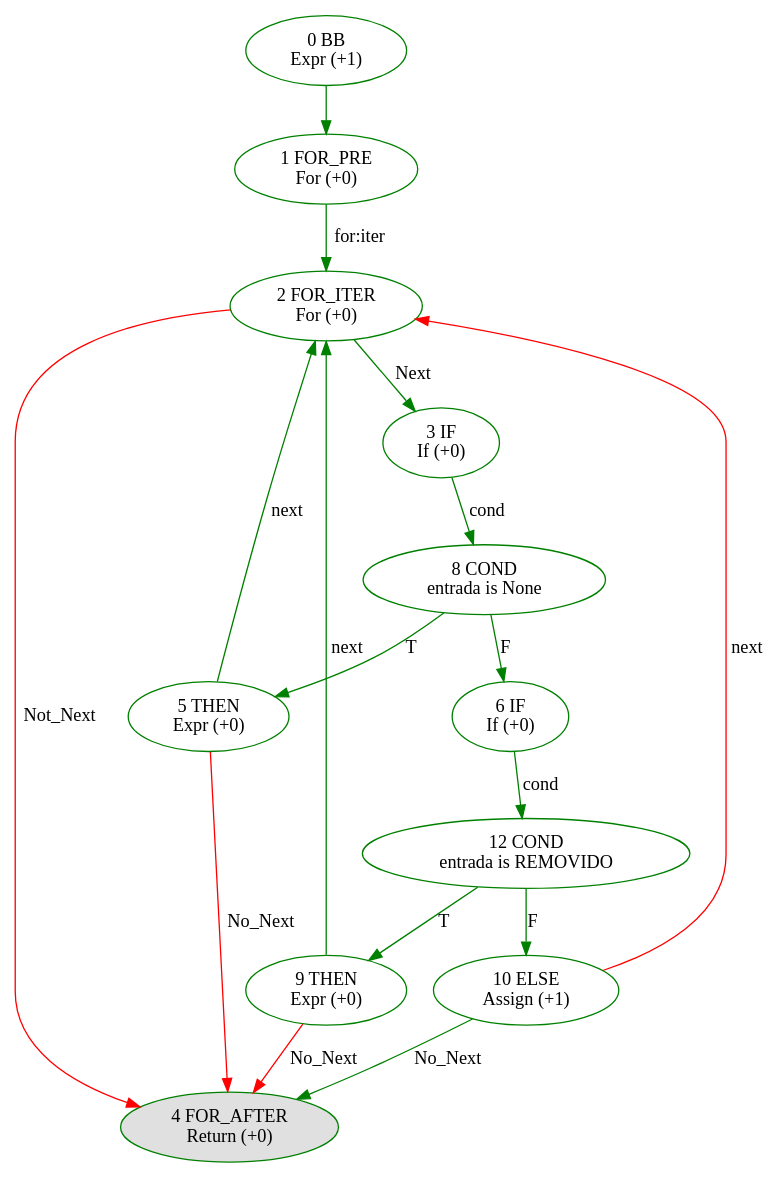
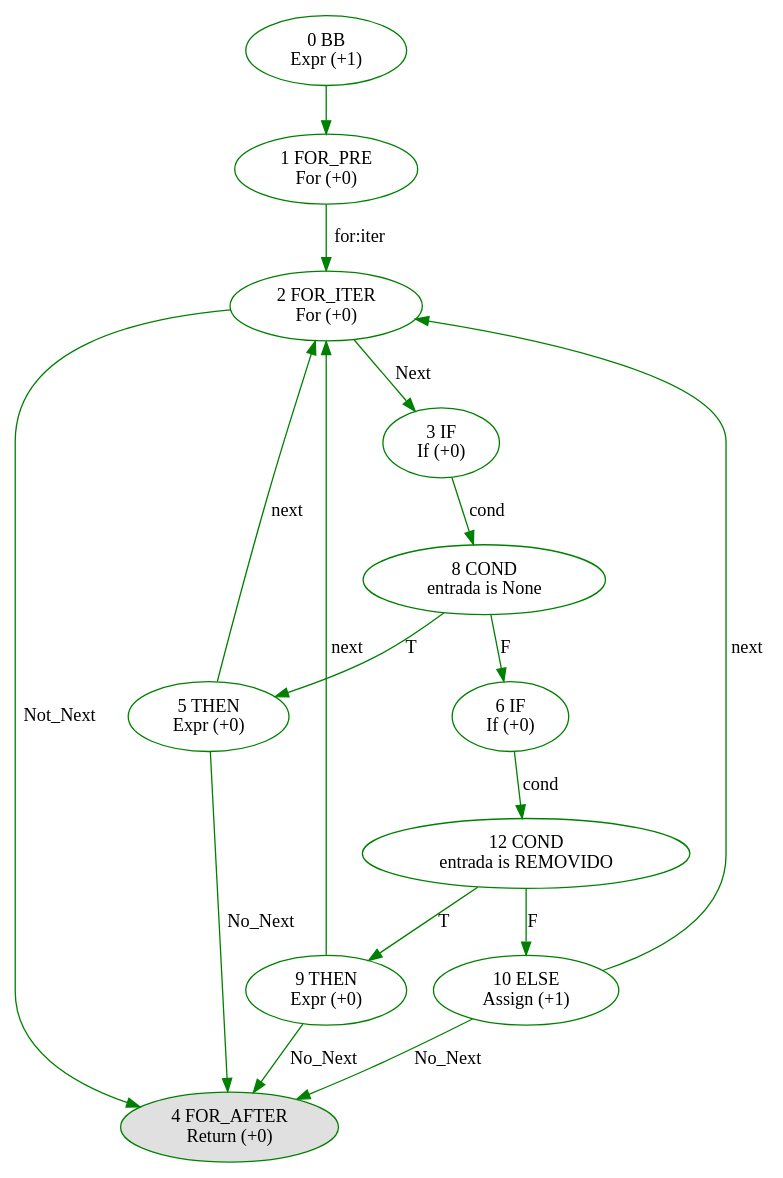
The diagram in docs/assets/tabelaHash.py.TabelaHashSondagemLinear.__str___--_12.dot (alecsmatos1/analise-estrutural-tabela-hash-sondagem-linear-criterios-cobertura), drawn with Graphviz before and after one commit. The commit also changed 68 other files, not shown here.

```diff
--- a/docs/assets/tabelaHash.py.TabelaHashSondagemLinear.__str___--_12.dot
+++ b/docs/assets/tabelaHash.py.TabelaHashSondagemLinear.__str___--_12.dot
@@ -1,67 +1,67 @@
 digraph { 
 0 [tooltip="\'\n        Gera uma representaÃ§Ã£o textual da tabela,\n        Ãºtil para depuraÃ§Ã£o e demonstraÃ§Ã£o em aula.\n        \'
 linhas = []
 ",color=green,label="0 BB
 Expr (+1)"]
 1 [tooltip="for i, entrada in enumerate(self.tabela):
     if entrada is None:
         linhas.append(f\'{i}: VAZIO\')
     elif entrada is REMOVIDO:
         linhas.append(f\'{i}: REMOVIDO\')
     else:
         chave, valor = entrada
         linhas.append(f\'{i}: {chave} -> {valor}\')
 ",color=green,label="1 FOR_PRE
 For (+0)"]
 2 [tooltip="",color=green,label="2 FOR_ITER
 For (+0)"]
 3 [tooltip="if entrada is None:
     linhas.append(f\'{i}: VAZIO\')
 elif entrada is REMOVIDO:
     linhas.append(f\'{i}: REMOVIDO\')
 else:
     chave, valor = entrada
     linhas.append(f\'{i}: {chave} -> {valor}\')
 ",color=green,label="3 IF
 If (+0)"]
 4 [tooltip="return \'\n\'.join(linhas)
 ",color=green,style=filled, fillcolor="#E0E0E0", label="4 FOR_AFTER
 Return (+0)"]
 5 [tooltip="linhas.append(f\'{i}: VAZIO\')
 ",color=green,label="5 THEN
 Expr (+0)"]
 6 [tooltip="if entrada is REMOVIDO:
     linhas.append(f\'{i}: REMOVIDO\')
 else:
     chave, valor = entrada
     linhas.append(f\'{i}: {chave} -> {valor}\')
 ",color=green,label="6 IF
 If (+0)"]
 8  [tooltip="entrada is None",color=green,label="8 COND
 entrada is None"]
 9 [tooltip="linhas.append(f\'{i}: REMOVIDO\')
 ",color=green,label="9 THEN
 Expr (+0)"]
 10 [tooltip="chave, valor = entrada
 linhas.append(f\'{i}: {chave} -> {valor}\')
 ",color=green,label="10 ELSE
 Assign (+1)"]
 12  [tooltip="entrada is REMOVIDO",color=green,label="12 COND
 entrada is REMOVIDO"]
 0 -> 1 [label="",color=green]
 1 -> 2 [label="for:iter",color=green]
 2 -> 3 [label="Next",color=green]
 8 -> 5 [label="T",color=green]
 8 -> 6 [label="F",color=green]
 3 -> 8 [label="cond",color=green]
 12 -> 9 [label="T",color=green]
 12 -> 10 [label="F",color=green]
 6 -> 12 [label="cond",color=green]
-2 -> 4 [label="Not_Next",color=red]
+2 -> 4 [label="Not_Next",color=green]
 5 -> 2 [label="next",color=green]
-5 -> 4 [label="No_Next",color=red]
+5 -> 4 [label="No_Next",color=green]
 9 -> 2 [label="next",color=green]
-9 -> 4 [label="No_Next",color=red]
-10 -> 2 [label="next",color=red]
+9 -> 4 [label="No_Next",color=green]
+10 -> 2 [label="next",color=green]
 10 -> 4 [label="No_Next",color=green]
 }
```
